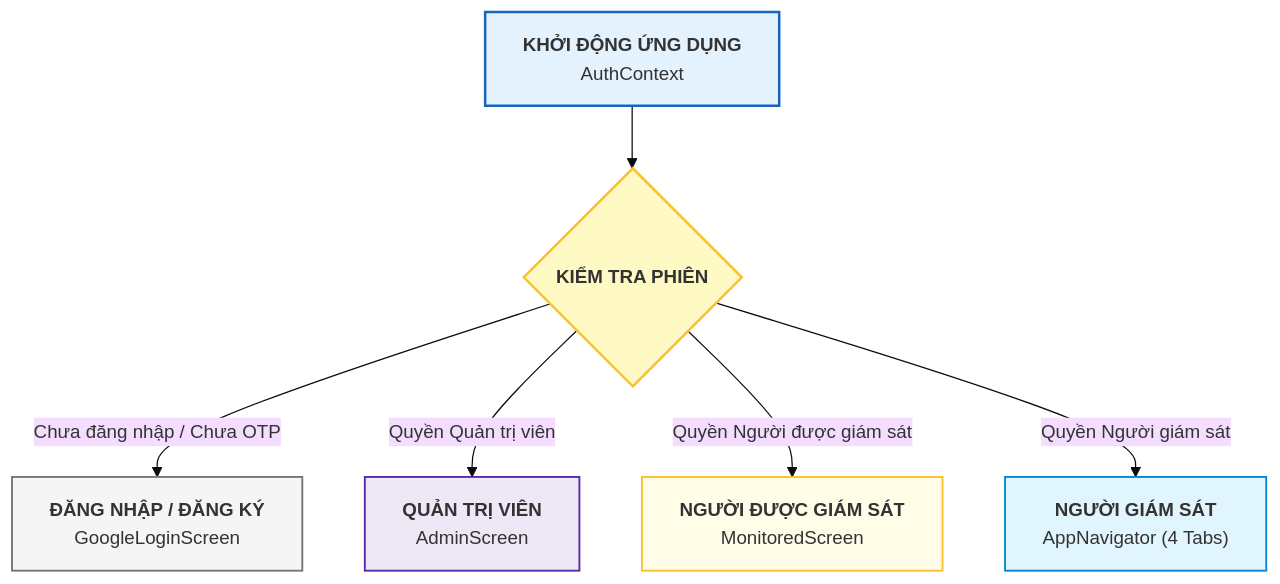
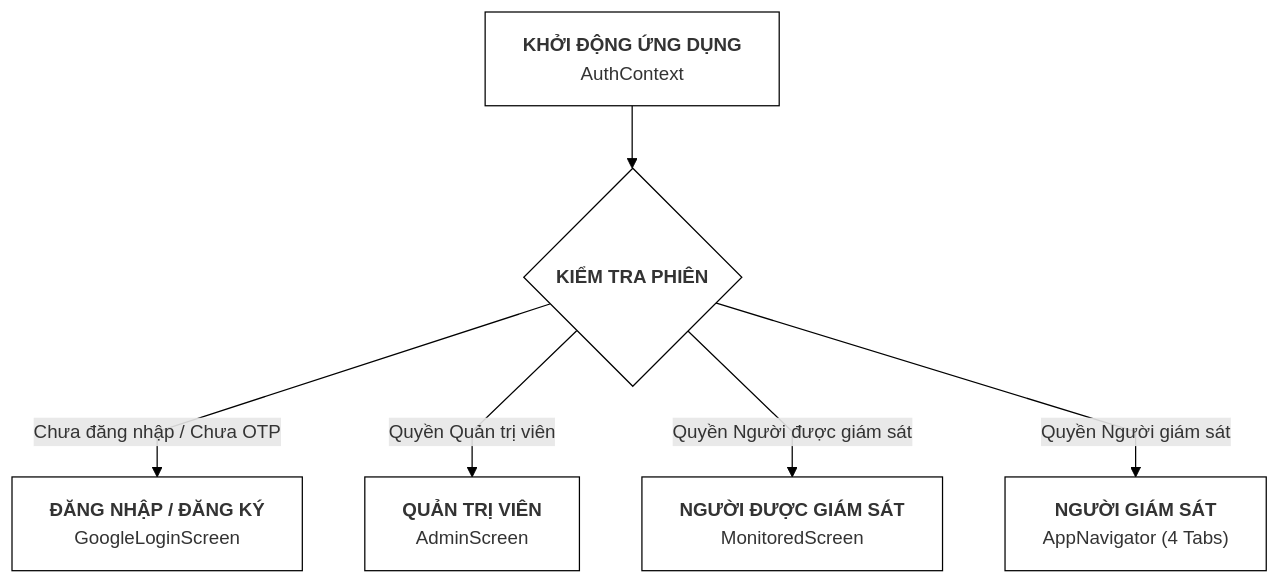
One commit to tdo129/Fall-Detection-App changed the second of 7 diagrams in README.md. Above: the diagram before and after it, drawn with Mermaid. The commit also changed other lines of this file, not shown here.

````diff
--- a/README.md
+++ b/README.md
@@ -56,17 +63,17 @@
 ```mermaid
-%%{init: {'theme': 'base', 'themeVariables': { 'fontSize': '15px' }}}%%
+%%{init: {'flowchart': {'curve': 'linear'}, 'themeVariables': {'fontSize': '15px', 'lineColor': '#000000'}}}%%
 flowchart TD
     A["<b>KHỞI ĐỘNG ỨNG DỤNG</b><br/>AuthContext"] --> B{"<b>KIỂM TRA PHIÊN</b>"}
 
     B -- "Chưa đăng nhập / Chưa OTP" --> C1["<b>ĐĂNG NHẬP / ĐĂNG KÝ</b><br/>GoogleLoginScreen"]
     B -- "Quyền Quản trị viên" --> C2["<b>QUẢN TRỊ VIÊN</b><br/>AdminScreen"]
     B -- "Quyền Người được giám sát" --> C3["<b>NGƯỜI ĐƯỢC GIÁM SÁT</b><br/>MonitoredScreen"]
     B -- "Quyền Người giám sát" --> C4["<b>NGƯỜI GIÁM SÁT</b><br/>AppNavigator (4 Tabs)"]
 
-    style A fill:#e3f2fd,stroke:#1565c0,stroke-width:2px
-    style B fill:#fff9c4,stroke:#fbc02d,stroke-width:2px
-    style C1 fill:#f5f5f5,stroke:#757575,stroke-width:1.5px
-    style C2 fill:#ede7f6,stroke:#512da8,stroke-width:1.5px
-    style C3 fill:#fffde7,stroke:#fbc02d,stroke-width:1.5px
-    style C4 fill:#e1f5fe,stroke:#0288d1,stroke-width:1.5px
+    style A fill:#ffffff,stroke:#000000,stroke-width:1px
+    style B fill:#ffffff,stroke:#000000,stroke-width:1px
+    style C1 fill:#ffffff,stroke:#000000,stroke-width:1px
+    style C2 fill:#ffffff,stroke:#000000,stroke-width:1px
+    style C3 fill:#ffffff,stroke:#000000,stroke-width:1px
+    style C4 fill:#ffffff,stroke:#000000,stroke-width:1px
 ```
````
